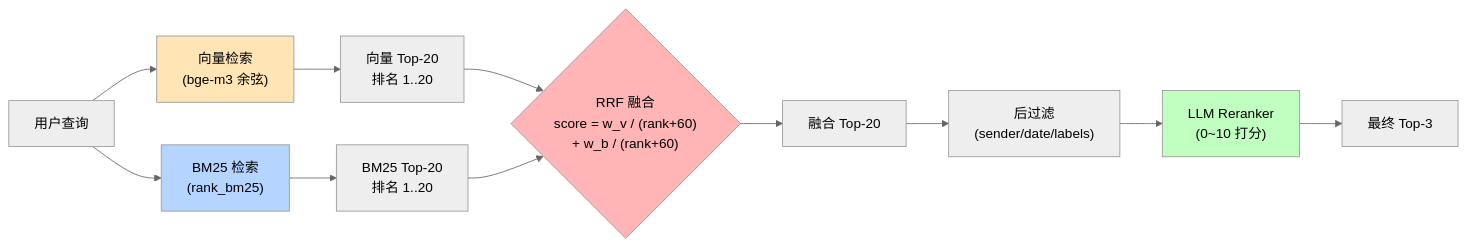
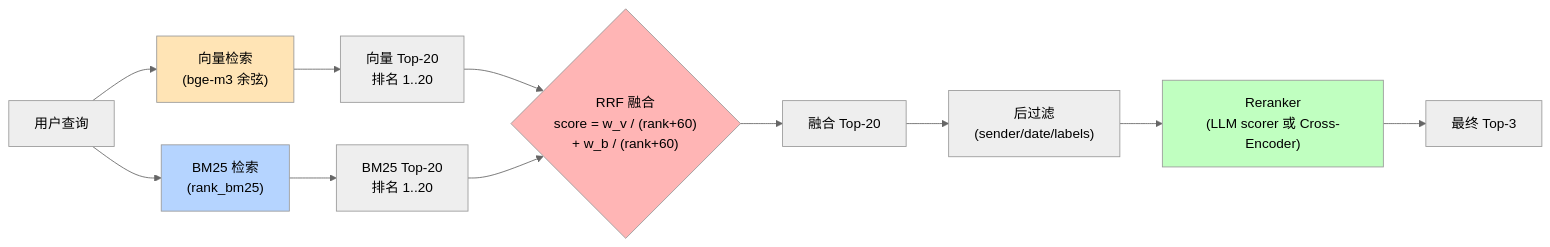
One commit to Yoimiya2627/email-rag-agent changed the fourth of 12 diagrams in docs/architecture.md. Above: the diagram before and after it, drawn with Mermaid (neutral theme). The commit also changed other lines of this file and 12 other files, not shown here.

Commit message:
feat: add cross-encoder reranker evaluation

````diff
--- a/docs/architecture.md
+++ b/docs/architecture.md
@@ -206,21 +209,21 @@
 ```mermaid
 flowchart LR
     Q["用户查询"] --> V["向量检索<br/>(bge-m3 余弦)"]
     Q --> B["BM25 检索<br/>(rank_bm25)"]
 
     V --> V20["向量 Top-20<br/>排名 1..20"]
     B --> B20["BM25 Top-20<br/>排名 1..20"]
 
     V20 --> RRF{"RRF 融合<br/>score = w_v / (rank+60)<br/> + w_b / (rank+60)"}
     B20 --> RRF
 
     RRF --> M20["融合 Top-20"]
     M20 --> F["后过滤<br/>(sender/date/labels)"]
-    F --> R["LLM Reranker<br/>(0~10 打分)"]
+    F --> R["Reranker<br/>(LLM scorer 或 Cross-Encoder)"]
     R --> T3["最终 Top-3"]
 
     style V fill:#ffe4b5
     style B fill:#b5d4ff
     style RRF fill:#ffb5b5
     style R fill:#c0ffc0
 ```
````
